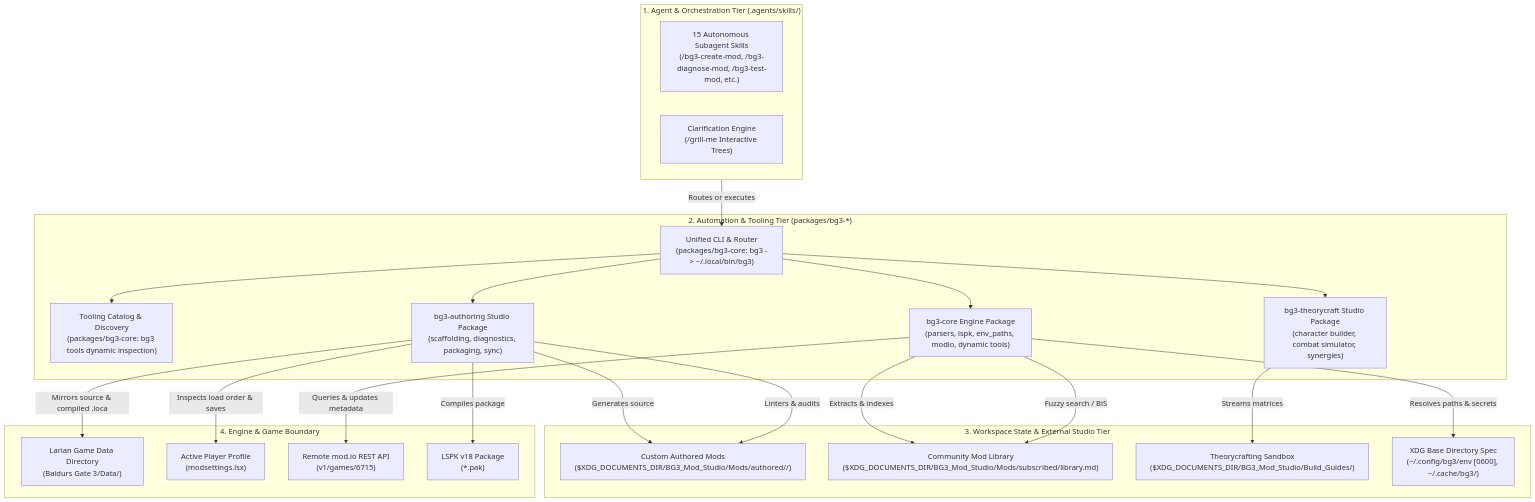
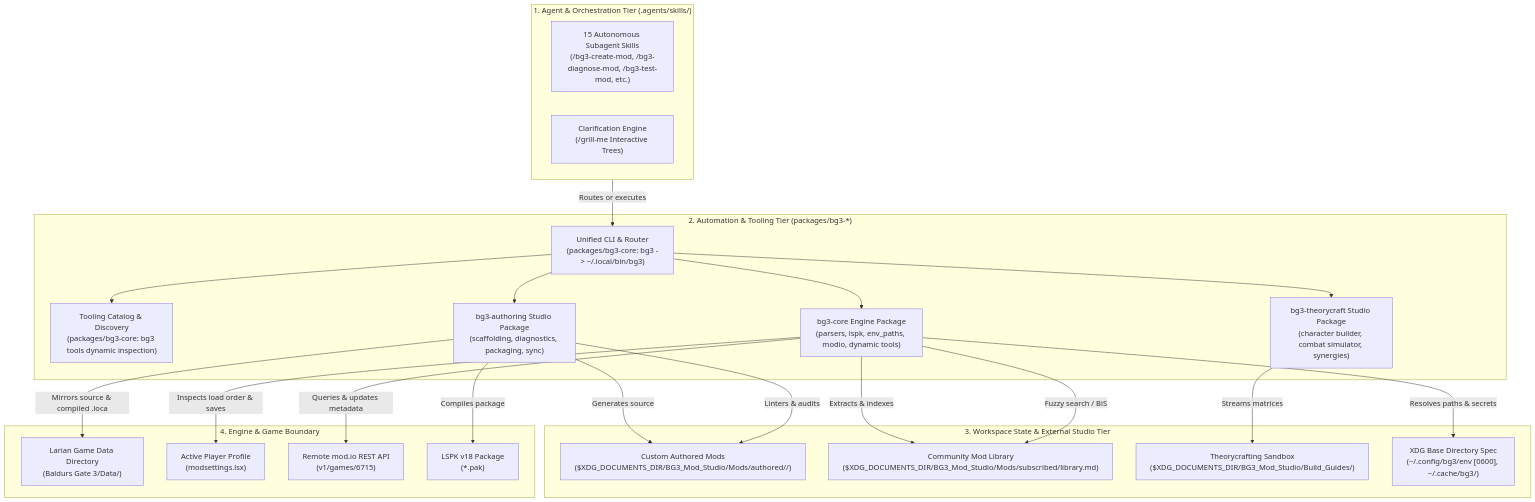
One commit to jpelton-stroud/bg3-mod-studio changed the first of 3 diagrams in docs/ARCHITECTURE.md. Above: the diagram before and after it, drawn with Mermaid. The commit also changed 6 other files, not shown here.

````diff
--- a/docs/ARCHITECTURE.md
+++ b/docs/ARCHITECTURE.md
@@ -14,46 +14,46 @@
 ```mermaid
 flowchart TD
     subgraph Tier1["1. Agent & Orchestration Tier (.agents/skills/)"]
         Agents["15 Autonomous Subagent Skills\n(/bg3-create-mod, /bg3-diagnose-mod, /bg3-test-mod, etc.)"]
         GrillMe["Clarification Engine\n(/grill-me Interactive Trees)"]
     end
 
     subgraph Tier2["2. Automation & Tooling Tier (packages/bg3-*)"]
         CLI["Unified CLI & Router\n(packages/bg3-core: bg3 -> ~/.local/bin/bg3)"]
         Registry["Tooling Catalog & Discovery\n(packages/bg3-core: bg3 tools dynamic inspection)"]
         CorePkg["bg3-core Engine Package\n(parsers, lspk, env_paths, modio, dynamic tools)"]
         AuthoringPkg["bg3-authoring Studio Package\n(scaffolding, diagnostics, packaging, sync)"]
         TheorycraftPkg["bg3-theorycraft Studio Package\n(character builder, combat simulator, synergies)"]
     end
 
     subgraph Tier3["3. Workspace State & External Studio Tier"]
         MyMods["Custom Authored Mods\n($XDG_DOCUMENTS_DIR/BG3_Mod_Studio/Mods/authored/<slug>/)"]
         ModsLib["Community Mod Library\n($XDG_DOCUMENTS_DIR/BG3_Mod_Studio/Mods/subscribed/library.md)"]
         Sandboxes["Theorycrafting Sandbox\n($XDG_DOCUMENTS_DIR/BG3_Mod_Studio/Build_Guides/)"]
         XDGConfig["XDG Base Directory Spec\n(~/.config/bg3/env [0600], ~/.cache/bg3/)"]
     end
 
     subgraph Tier4["4. Engine & Game Boundary"]
         GameData["Larian Game Data Directory\n(Baldurs Gate 3/Data/)"]
         ProfileSettings["Active Player Profile\n(modsettings.lsx)"]
         ModioRemote["Remote mod.io REST API\n(v1/games/6715)"]
         Distribution["LSPK v18 Package\n(*.pak)"]
     end
 
     Tier1 -->|Routes or executes| CLI
     CLI --> Registry
     CLI --> CorePkg
     CLI --> AuthoringPkg
     CLI --> TheorycraftPkg
 
     AuthoringPkg -->|Generates source| MyMods
     AuthoringPkg -->|Mirrors source & compiled .loca| GameData
     AuthoringPkg -->|Compiles package| Distribution
     AuthoringPkg -->|Linters & audits| MyMods
-    AuthoringPkg -->|Inspects load order & saves| ProfileSettings
+    CorePkg -->|Inspects load order & saves| ProfileSettings
     CorePkg -->|Queries & updates metadata| ModioRemote
     CorePkg -->|Extracts & indexes| ModsLib
     CorePkg -->|Fuzzy search / BiS| ModsLib
     TheorycraftPkg -->|Streams matrices| Sandboxes
     CorePkg -->|Resolves paths & secrets| XDGConfig
 ```
````
